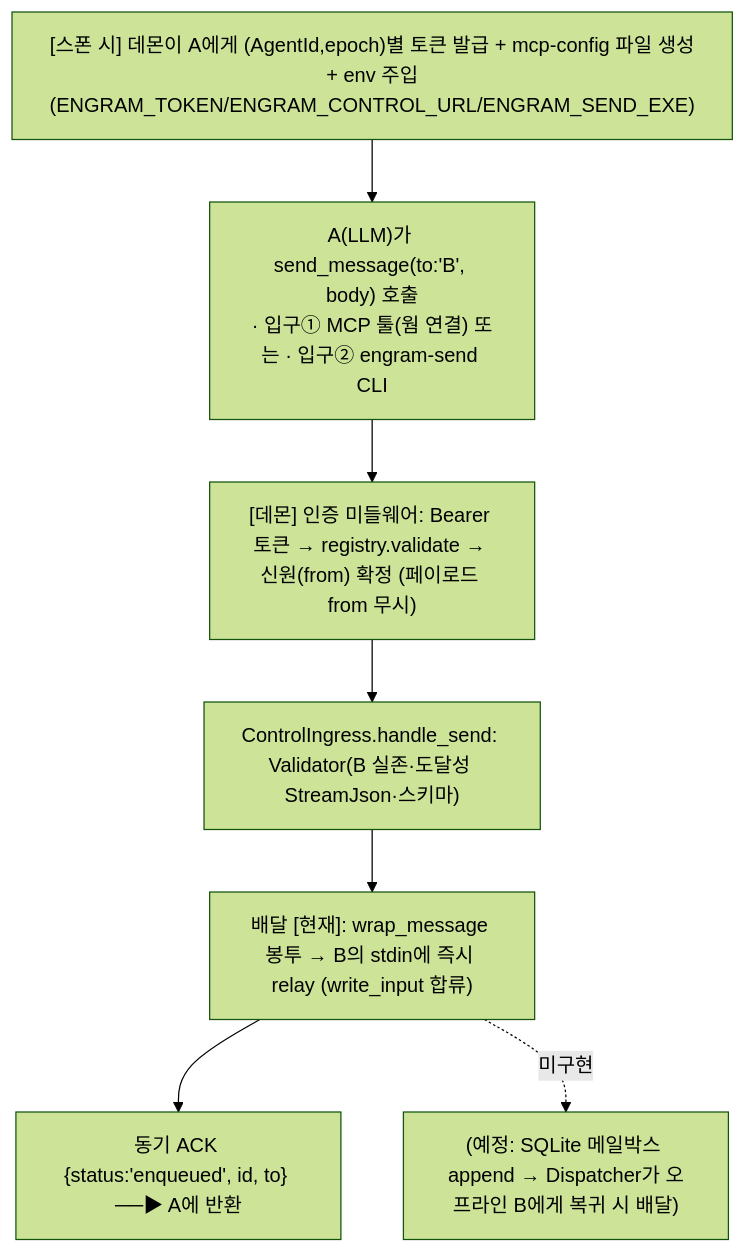
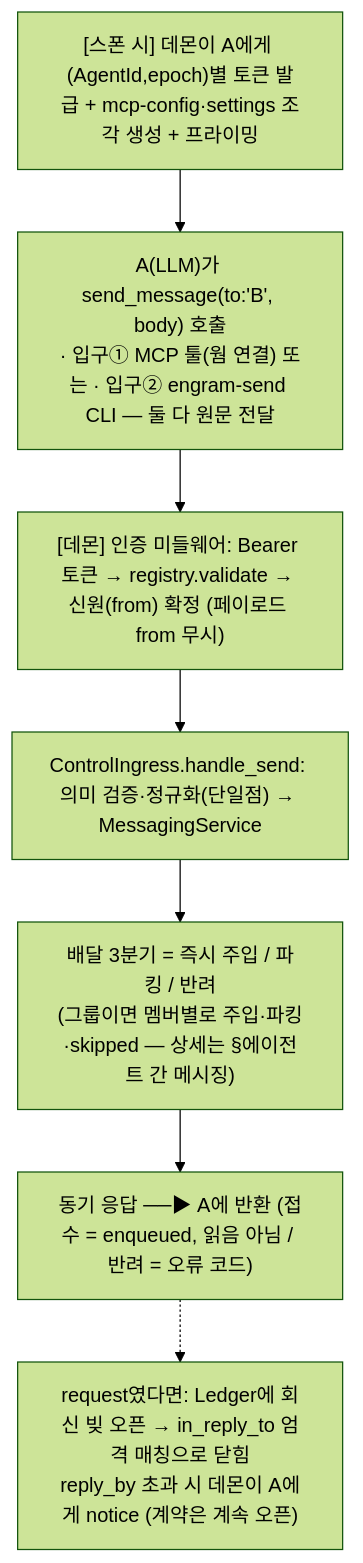
Before and after one commit to kimsunzun/engram-dashboard: diagram 20 of 20 in docs/reference/architecture-overview.md, drawn with Mermaid (forest theme). The commit also changed other lines of this file and 1 other file, not shown here.

First line of the commit message:
docs: architecture-overview 메시징(S18) 편입 — 공개 드리프트 해소 (/review doc 2인 취합 19건 반영)

````diff
--- a/docs/reference/architecture-overview.md
+++ b/docs/reference/architecture-overview.md
@@ -526,13 +610,13 @@
 ```mermaid
 flowchart TD
-  M1["[스폰 시] 데몬이 A에게 (AgentId,epoch)별 토큰 발급 + mcp-config 파일 생성<br/>+ env 주입(ENGRAM_TOKEN/ENGRAM_CONTROL_URL/ENGRAM_SEND_EXE)"]
-  M2["A(LLM)가 send_message(to:'B', body) 호출<br/>· 입구① MCP 툴(웜 연결) 또는 · 입구② engram-send CLI"]
+  M1["[스폰 시] 데몬이 A에게 (AgentId,epoch)별 토큰 발급 + mcp-config·settings 조각 생성 + 프라이밍"]
+  M2["A(LLM)가 send_message(to:'B', body) 호출<br/>· 입구① MCP 툴(웜 연결) 또는 · 입구② engram-send CLI — 둘 다 원문 전달"]
   M3["[데몬] 인증 미들웨어: Bearer 토큰 → registry.validate → 신원(from) 확정 (페이로드 from 무시)"]
-  M4["ControlIngress.handle_send: Validator(B 실존·도달성 StreamJson·스키마)"]
-  M5["배달 [현재]: wrap_message 봉투 → B의 stdin에 즉시 relay (write_input 합류)"]
-  M6["동기 ACK {status:'enqueued', id, to} ──▶ A에 반환"]
-  M7["(예정: SQLite 메일박스 append → Dispatcher가 오프라인 B에게 복귀 시 배달)"]
+  M4["ControlIngress.handle_send: 의미 검증·정규화(단일점) → MessagingService"]
+  M5["배달 3분기 = 즉시 주입 / 파킹 / 반려<br/>(그룹이면 멤버별로 주입·파킹·skipped — 상세는 §에이전트 간 메시징)"]
+  M6["동기 응답 ──▶ A에 반환 (접수 = enqueued, 읽음 아님 / 반려 = 오류 코드)"]
+  M7["request였다면: Ledger에 회신 빚 오픈 → in_reply_to 엄격 매칭으로 닫힘<br/>reply_by 초과 시 데몬이 A에게 notice (계약은 계속 오픈)"]
 
   M1 --> M2 --> M3 --> M4 --> M5 --> M6
-  M5 -.->|"미구현"| M7
+  M6 -.-> M7
 ```
````
